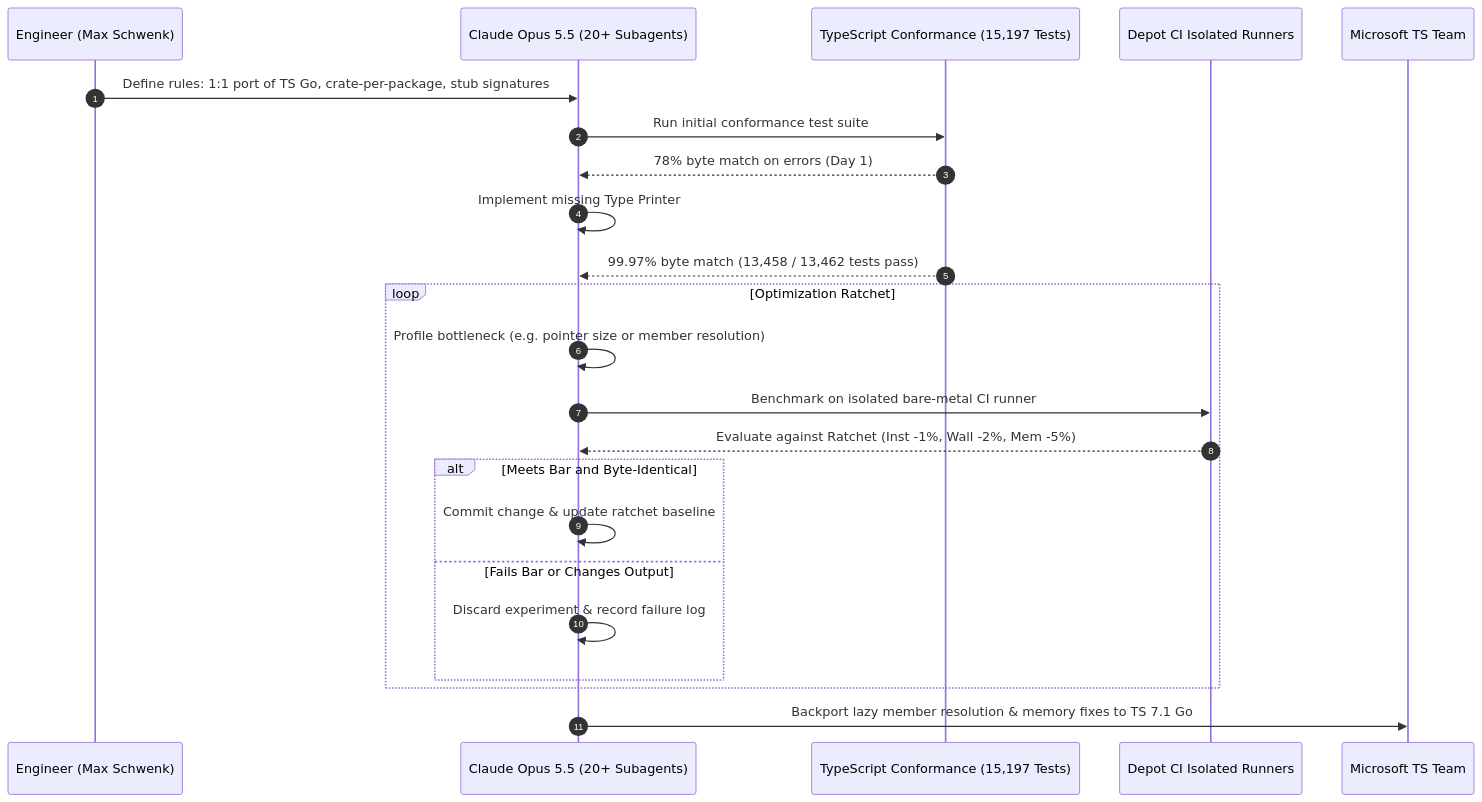
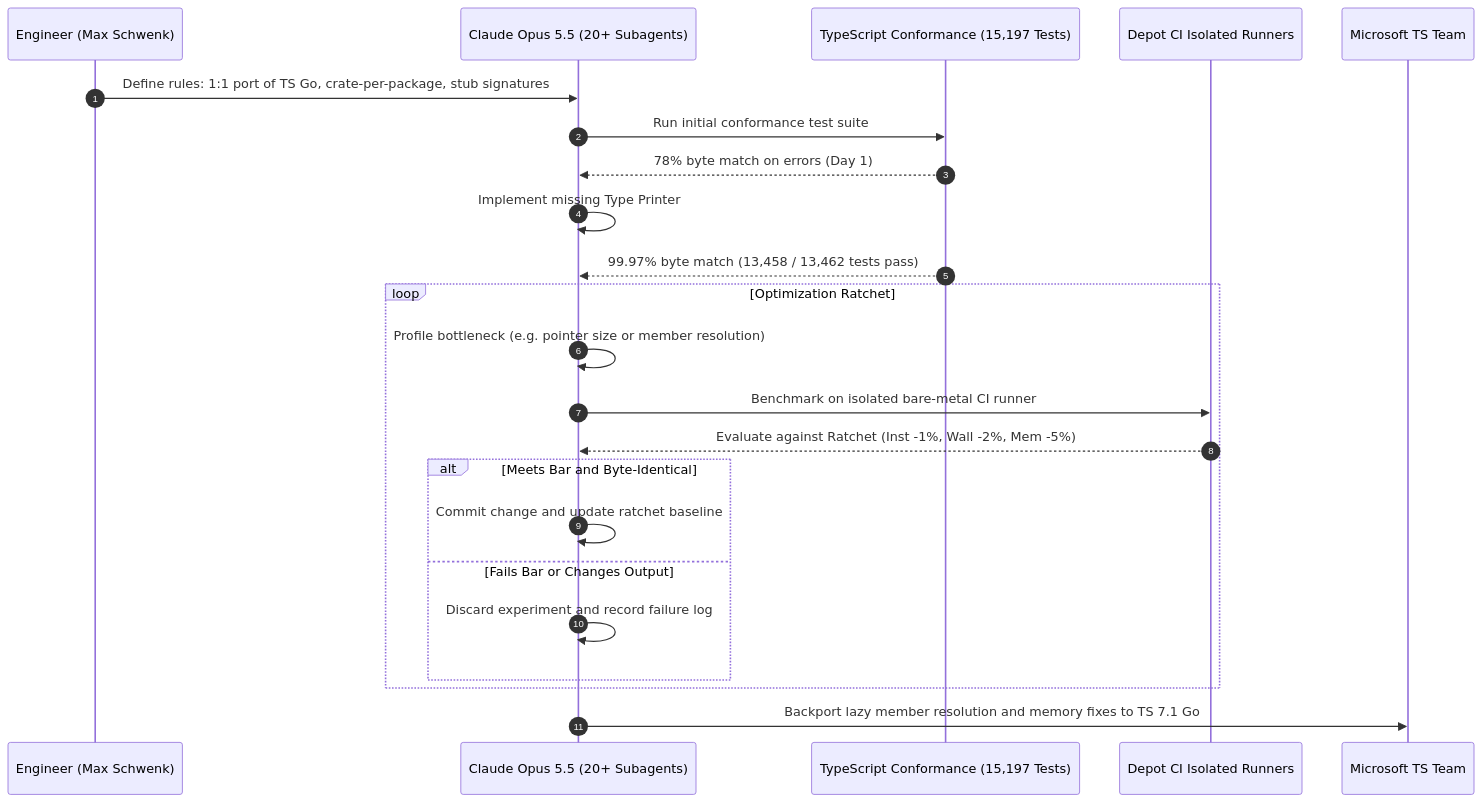
The third of 3 diagrams in Engineering/Languages/TypeScript-Rust-Port-TSRS-Architecture-Nov-2026.md (rsrini7/Learnings), drawn with Mermaid before and after one commit. The commit also changed other lines of this file and 7 other files, not shown here.

````diff
--- a/Engineering/Languages/TypeScript-Rust-Port-TSRS-Architecture-Nov-2026.md
+++ b/Engineering/Languages/TypeScript-Rust-Port-TSRS-Architecture-Nov-2026.md
@@ -181,26 +408,26 @@
 ```mermaid
 sequenceDiagram
     autonumber
     participant Human as Engineer (Max Schwenk)
     participant Agent as Claude Opus 5.5 (20+ Subagents)
     participant Spec as TypeScript Conformance (15,197 Tests)
     participant Runner as Depot CI Isolated Runners
     participant Upstream as Microsoft TS Team
 
     Human->>Agent: Define rules: 1:1 port of TS Go, crate-per-package, stub signatures
     Agent->>Spec: Run initial conformance test suite
     Spec-->>Agent: 78% byte match on errors (Day 1)
     Agent->>Agent: Implement missing Type Printer
     Spec-->>Agent: 99.97% byte match (13,458 / 13,462 tests pass)
     loop Optimization Ratchet
         Agent->>Agent: Profile bottleneck (e.g. pointer size or member resolution)
         Agent->>Runner: Benchmark on isolated bare-metal CI runner
         Runner-->>Agent: Evaluate against Ratchet (Inst -1%, Wall -2%, Mem -5%)
         alt Meets Bar and Byte-Identical
-            Agent->>Agent: Commit change & update ratchet baseline
+            Agent->>Agent: Commit change and update ratchet baseline
         else Fails Bar or Changes Output
-            Agent->>Agent: Discard experiment & record failure log
+            Agent->>Agent: Discard experiment and record failure log
         end
     end
-    Agent->>Upstream: Backport lazy member resolution & memory fixes to TS 7.1 Go
+    Agent->>Upstream: Backport lazy member resolution and memory fixes to TS 7.1 Go
 ```
````
